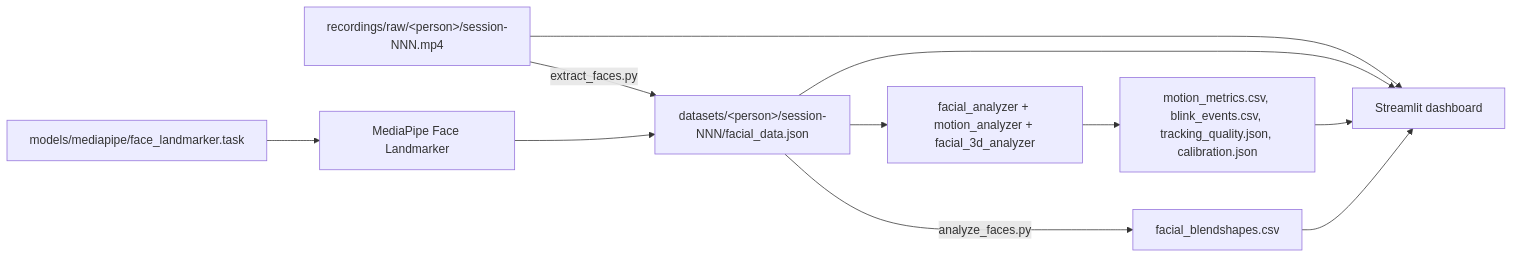
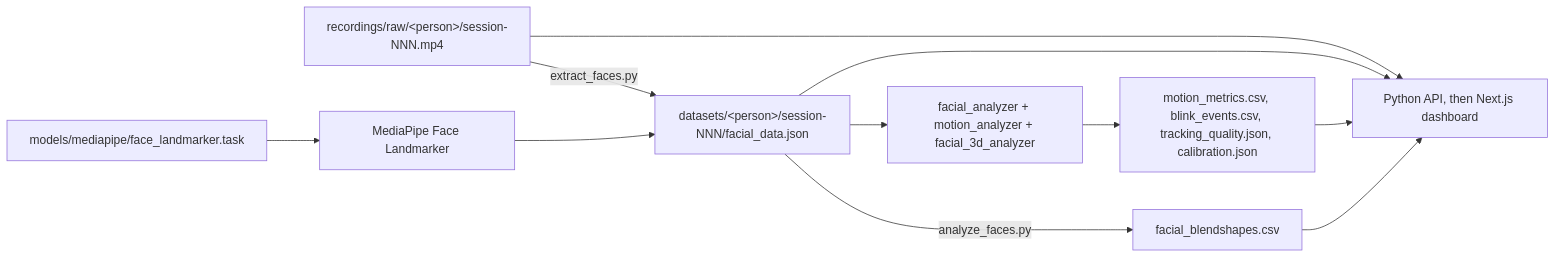
Before and after one commit to sameer392/facial-analysis: the diagram in README.md, drawn with Mermaid. The commit also changed other lines of this file and 18 other files, not shown here.

First line of the commit message:
Remove the Streamlit dashboard (phase P7)

````diff
--- a/README.md
+++ b/README.md
@@ -46,13 +46,13 @@
 ```mermaid
 flowchart LR
     V[recordings/raw/&lt;person&gt;/session-NNN.mp4] -->|extract_faces.py| J[datasets/&lt;person&gt;/session-NNN/facial_data.json]
     M[models/mediapipe/face_landmarker.task] --> E
     E[MediaPipe Face Landmarker] --> J
     J -->|analyze_faces.py| C[facial_blendshapes.csv]
     J --> A[facial_analyzer + motion_analyzer + facial_3d_analyzer]
     A --> O[motion_metrics.csv, blink_events.csv, tracking_quality.json, calibration.json]
-    C --> D[Streamlit dashboard]
+    C --> D[Python API, then Next.js dashboard]
     O --> D
     J --> D
     V --> D
 ```
````
